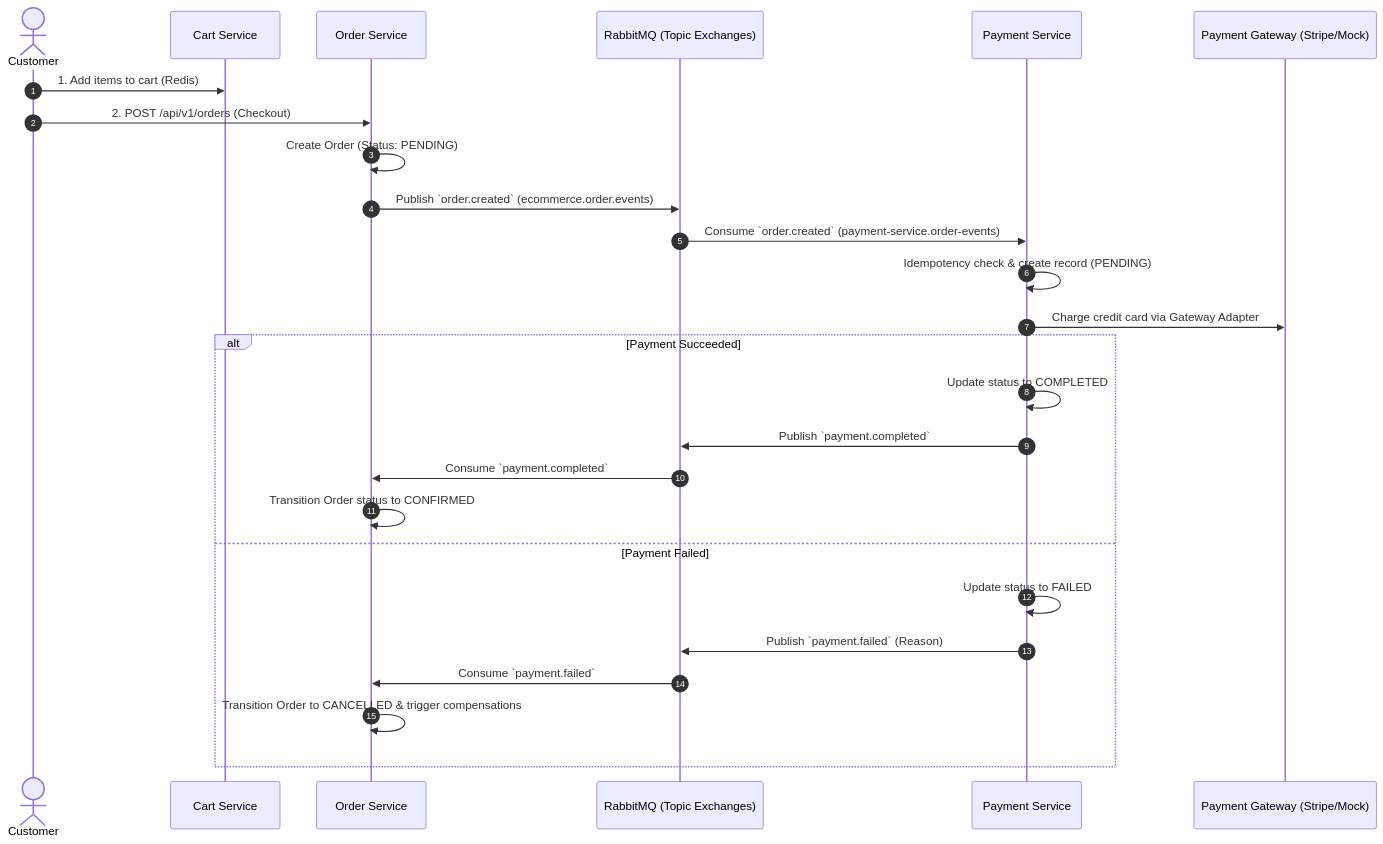
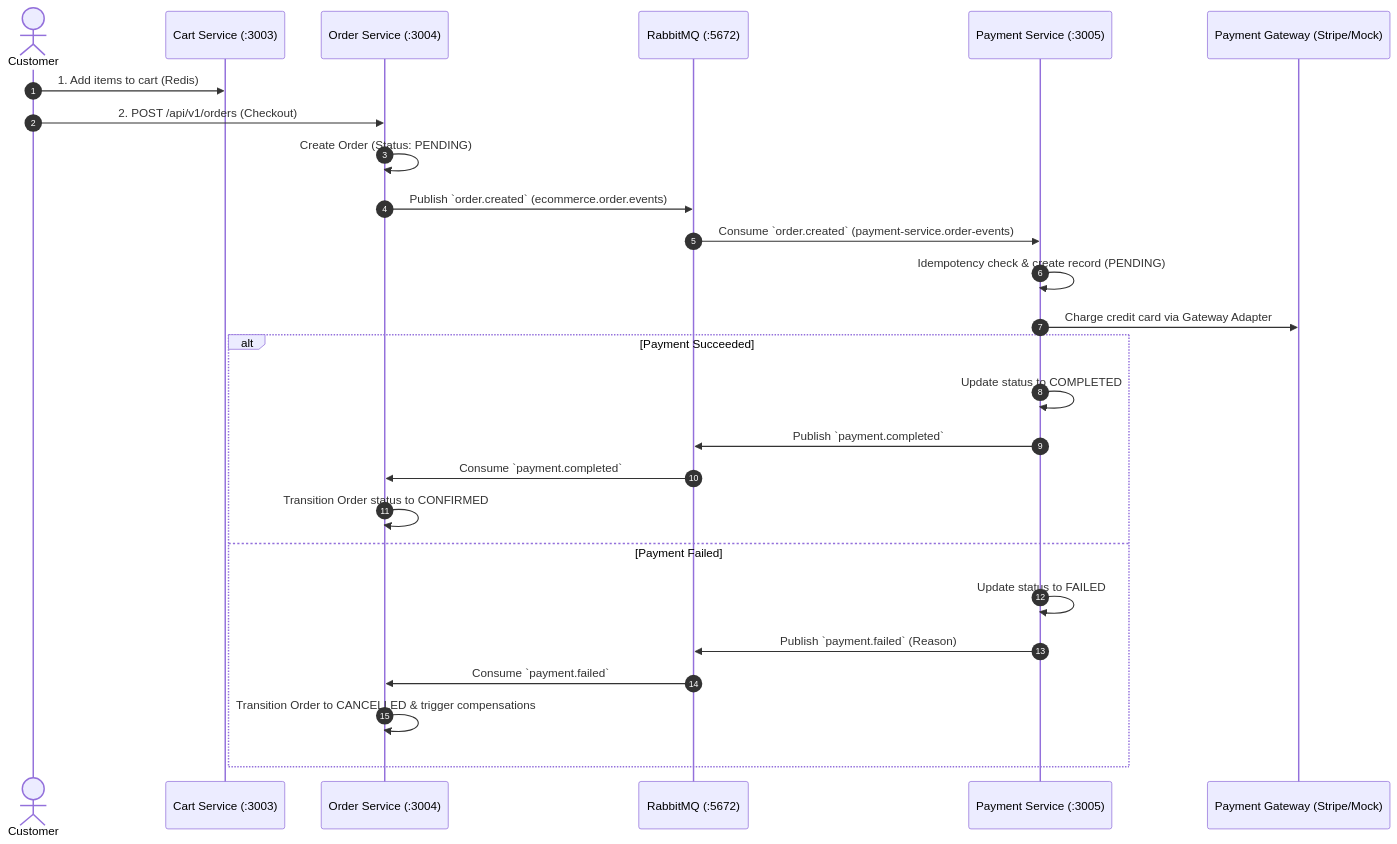
One commit to dat-nnguyen/ecommerce-api changed the second of 2 diagrams in README.md. Above: the diagram before and after it, drawn with Mermaid. The commit also changed other lines of this file, not shown here.

Commit message:
docs: add structured individual service guide, cross-service workflow, and swagger ui interaction guide

````diff
--- a/README.md
+++ b/README.md
@@ -58,31 +507,31 @@
 ```mermaid
 sequenceDiagram
     autonumber
     actor Customer
-    participant Cart as Cart Service
-    participant Order as Order Service
-    participant Broker as RabbitMQ (Topic Exchanges)
-    participant Payment as Payment Service
+    participant Cart as Cart Service (:3003)
+    participant Order as Order Service (:3004)
+    participant Broker as RabbitMQ (:5672)
+    participant Payment as Payment Service (:3005)
     participant Gateway as Payment Gateway (Stripe/Mock)
 
     Customer->>Cart: 1. Add items to cart (Redis)
     Customer->>Order: 2. POST /api/v1/orders (Checkout)
     Order->>Order: Create Order (Status: PENDING)
     Order->>Broker: Publish `order.created` (ecommerce.order.events)
-    
+
     Broker->>Payment: Consume `order.created` (payment-service.order-events)
     Payment->>Payment: Idempotency check & create record (PENDING)
     Payment->>Gateway: Charge credit card via Gateway Adapter
-    
+
     alt Payment Succeeded
         Payment->>Payment: Update status to COMPLETED
         Payment->>Broker: Publish `payment.completed`
         Broker->>Order: Consume `payment.completed`
         Order->>Order: Transition Order status to CONFIRMED
     else Payment Failed
         Payment->>Payment: Update status to FAILED
         Payment->>Broker: Publish `payment.failed` (Reason)
         Broker->>Order: Consume `payment.failed`
         Order->>Order: Transition Order to CANCELLED & trigger compensations
     end
 ```
````
